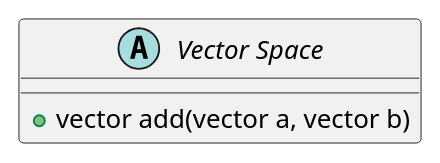
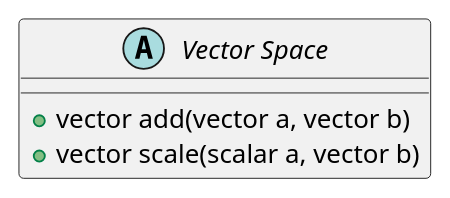
Before and after one commit to ashwinreddy/wiki: the diagram in Mathematics/Linear-Algebra/Vector space.md, drawn with PlantUML.

Commit message:
Updated Vector space.md (markdown)

```diff
--- a/Mathematics/Linear-Algebra/Vector space.md
+++ b/Mathematics/Linear-Algebra/Vector space.md
@@ -3,5 +3,6 @@
 @startuml
 abstract class "Vector Space" {
     +vector add(vector a, vector b)
+    +vector scale(scalar a, vector b)
 }
 @enduml
```
